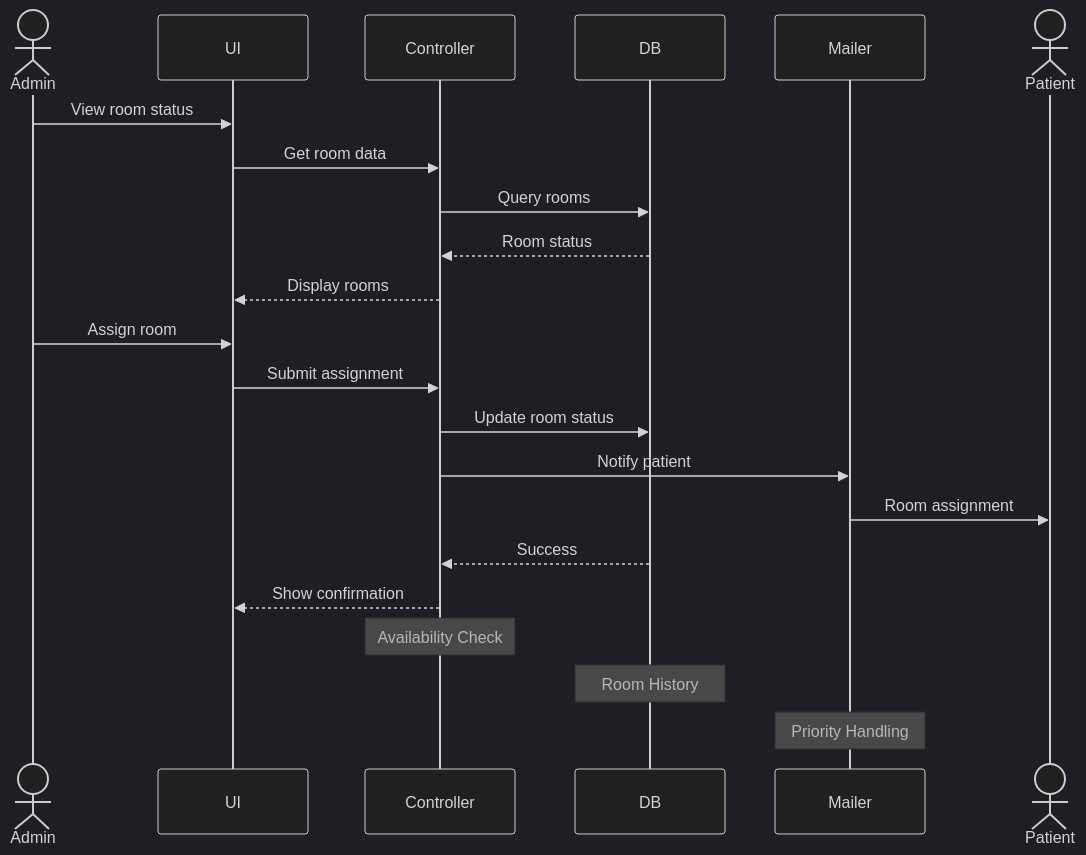
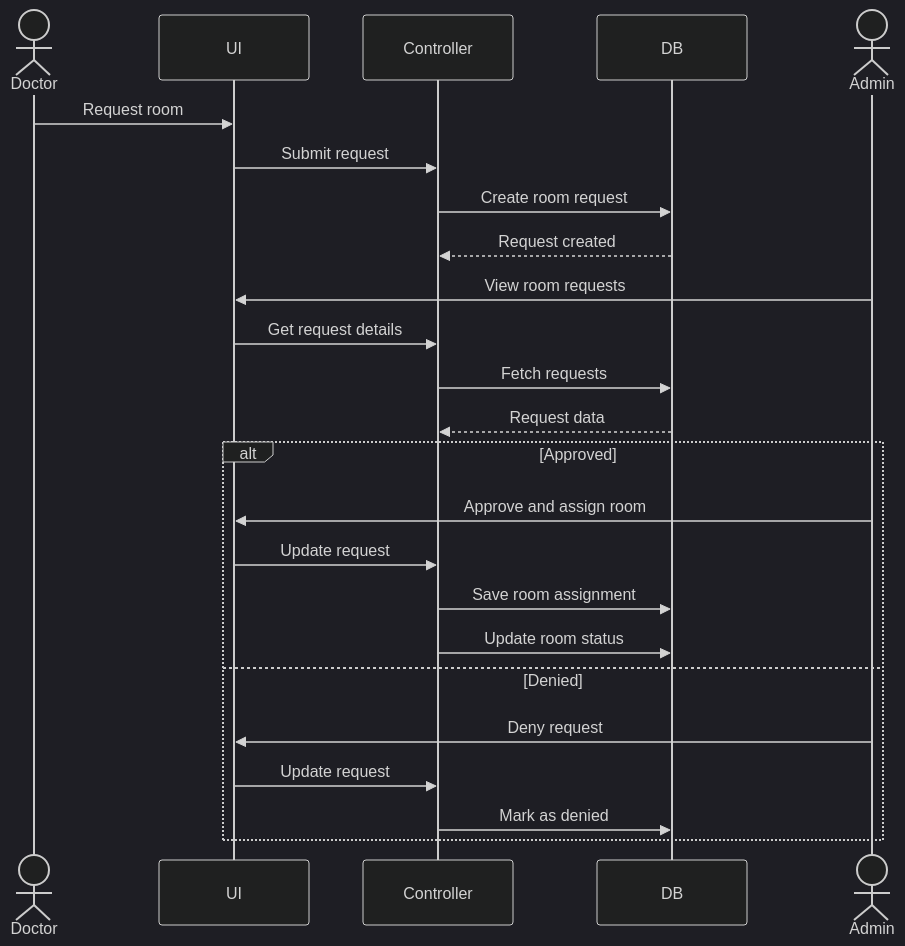
The third of 5 diagrams in docs/use-cases.md (SazPy/Hospital-Management), drawn with Mermaid (dark theme) before and after one commit. The commit also changed other lines of this file and 1 other file, not shown here.

````diff
--- a/docs/use-cases.md
+++ b/docs/use-cases.md
@@ -317,27 +159,29 @@
 ```mermaid
 sequenceDiagram
-    actor Admin
+    actor Doctor
     participant UI
     participant Controller
     participant DB
-    participant Mailer
-    actor Patient
+    actor Admin
 
-    Admin->>UI: View room status
-    UI->>Controller: Get room data
-    Controller->>DB: Query rooms
-    DB-->>Controller: Room status
-    Controller-->>UI: Display rooms
+    Doctor->>UI: Request room
+    UI->>Controller: Submit request
+    Controller->>DB: Create room request
+    DB-->>Controller: Request created
+
+    Admin->>UI: View room requests
+    UI->>Controller: Get request details
+    Controller->>DB: Fetch requests
+    DB-->>Controller: Request data
     
-    Admin->>UI: Assign room
-    UI->>Controller: Submit assignment
-    Controller->>DB: Update room status
-    Controller->>Mailer: Notify patient
-    Mailer->>Patient: Room assignment
-    DB-->>Controller: Success
-    Controller-->>UI: Show confirmation
-
-    note over Controller: Availability Check
-    note over DB: Room History
-    note over Mailer: Priority Handling
+    alt Approved
+        Admin->>UI: Approve and assign room
+        UI->>Controller: Update request
+        Controller->>DB: Save room assignment
+        Controller->>DB: Update room status
+    else Denied
+        Admin->>UI: Deny request
+        UI->>Controller: Update request
+        Controller->>DB: Mark as denied
+    end
 ```
````
